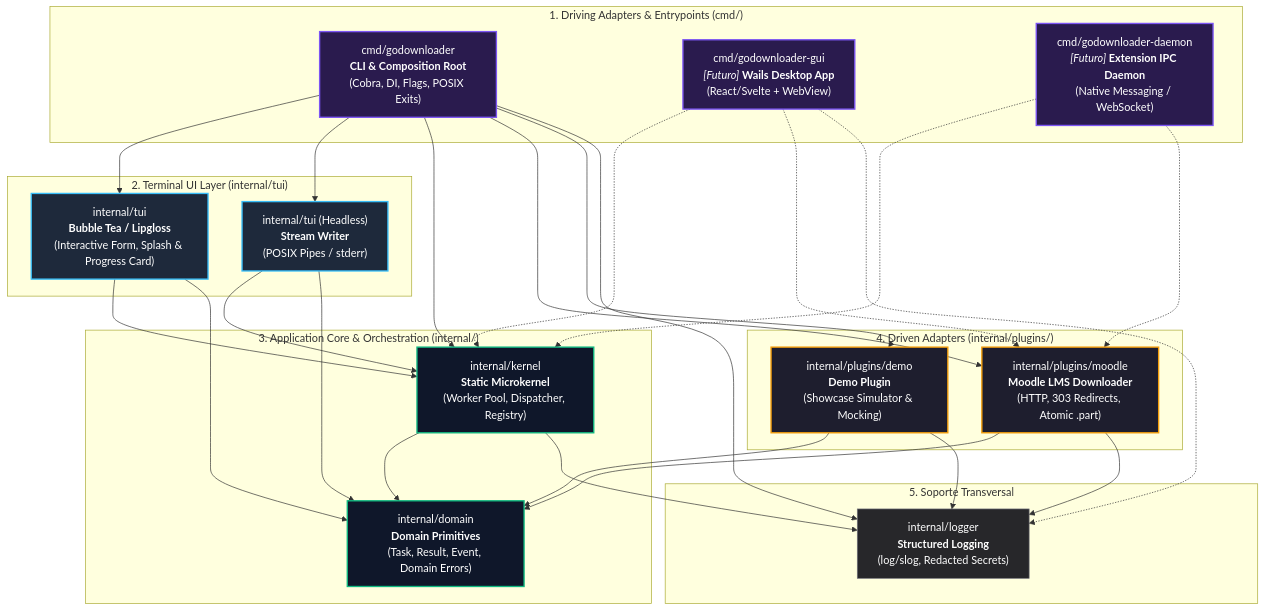
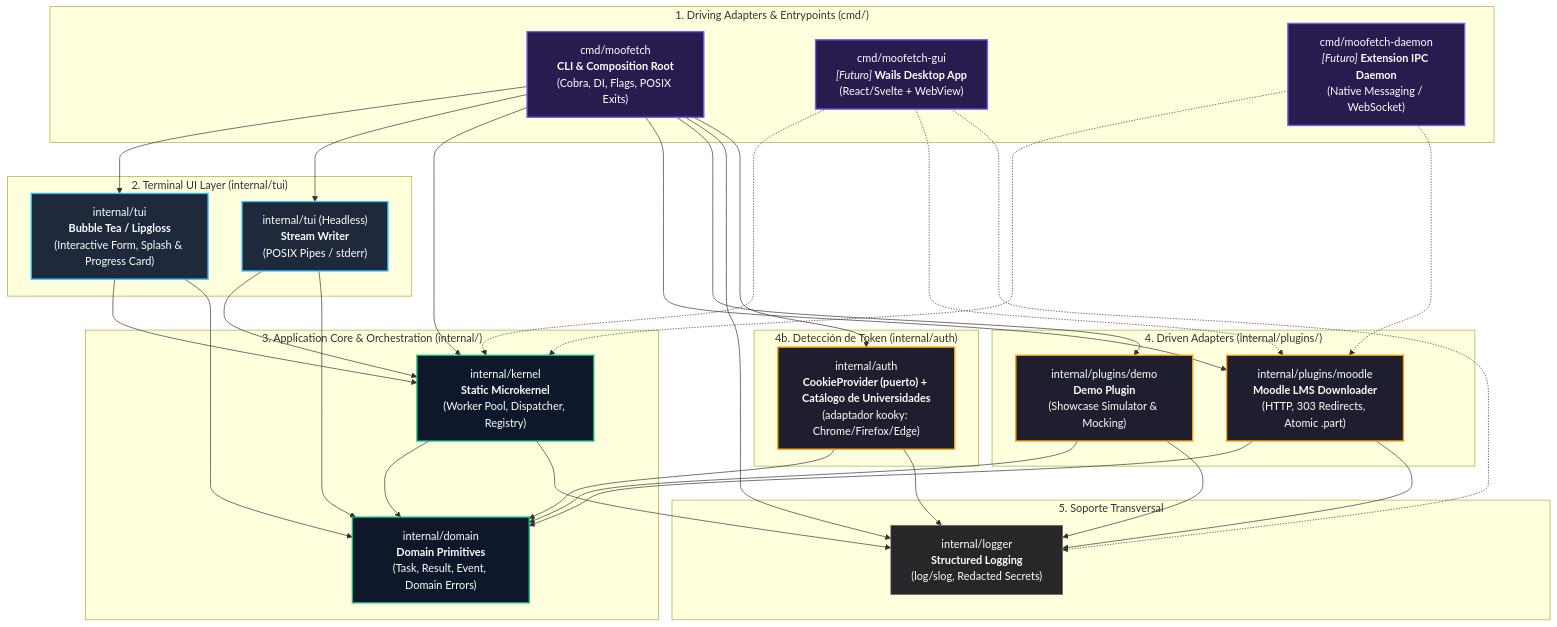
One commit to sebasinmas/MooFetch changed the diagram in docs/architecture.md. Above: the diagram before and after it, drawn with Mermaid. The commit also changed other lines of this file and 55 other files, not shown here.

First line of the commit message:
feat: rebrand to MooFetch, add browser token auto-detection and expand edge-case tests

````diff
--- a/docs/architecture.md
+++ b/docs/architecture.md
@@ -28,9 +28,9 @@
     %% CAPA DE PRESENTACIÓN / CLIENTES (DRIVING ADAPTERS / DRIVERS)
     %% -------------------------------------------------------------
     subgraph Clients ["1. Driving Adapters & Entrypoints (cmd/)"]
-        CMD_CLI["cmd/godownloader<br/><b>CLI & Composition Root</b><br/>(Cobra, DI, Flags, POSIX Exits)"]
-        CMD_GUI["cmd/godownloader-gui<br/><i>[Futuro]</i> <b>Wails Desktop App</b><br/>(React/Svelte + WebView)"]
-        CMD_DAEMON["cmd/godownloader-daemon<br/><i>[Futuro]</i> <b>Extension IPC Daemon</b><br/>(Native Messaging / WebSocket)"]
+        CMD_CLI["cmd/moofetch<br/><b>CLI & Composition Root</b><br/>(Cobra, DI, Flags, POSIX Exits)"]
+        CMD_GUI["cmd/moofetch-gui<br/><i>[Futuro]</i> <b>Wails Desktop App</b><br/>(React/Svelte + WebView)"]
+        CMD_DAEMON["cmd/moofetch-daemon<br/><i>[Futuro]</i> <b>Extension IPC Daemon</b><br/>(Native Messaging / WebSocket)"]
     end
 
     subgraph UI ["2. Terminal UI Layer (internal/tui)"]
@@ -54,6 +54,10 @@
         PLUG_DEMO["internal/plugins/demo<br/><b>Demo Plugin</b><br/>(Showcase Simulator & Mocking)"]
     end
 
+    subgraph Auth ["4b. Detección de Token (internal/auth)"]
+        AUTH["internal/auth<br/><b>CookieProvider (puerto) + Catálogo de Universidades</b><br/>(adaptador kooky: Chrome/Firefox/Edge)"]
+    end
+
     subgraph CrossCutting ["5. Soporte Transversal"]
         LOGGER["internal/logger<br/><b>Structured Logging</b><br/>(log/slog, Redacted Secrets)"]
     end
@@ -67,6 +71,9 @@
     CMD_CLI --> PLUG_MOODLE
     CMD_CLI --> PLUG_DEMO
     CMD_CLI --> LOGGER
+    CMD_CLI --> AUTH
+    AUTH --> DOMAIN
+    AUTH --> LOGGER
 
     CMD_GUI -.-> KERNEL
     CMD_GUI -.-> PLUG_MOODLE
@@ -103,4 +110,5 @@
     class KERNEL,DOMAIN core;
     class PLUG_MOODLE,PLUG_DEMO plugin;
     class LOGGER cross;
+    class AUTH plugin;
 ```
````
